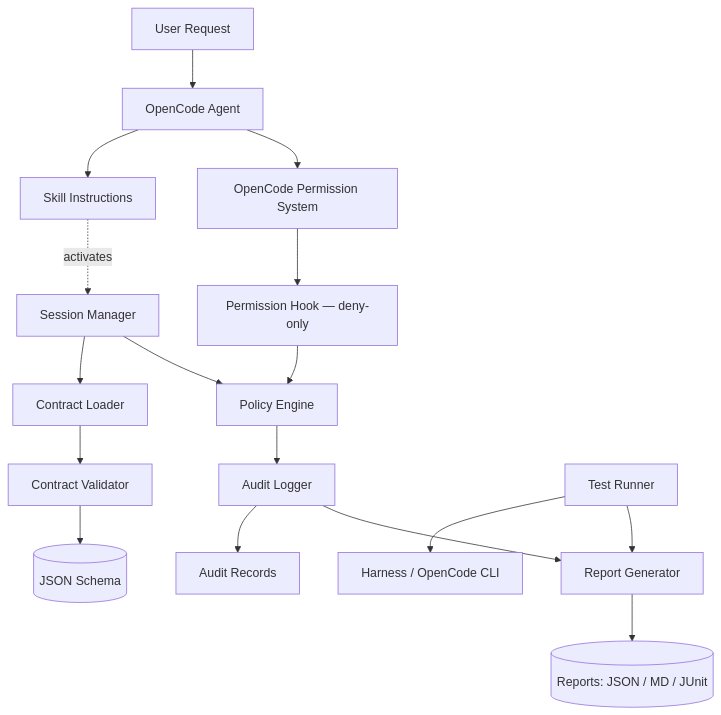
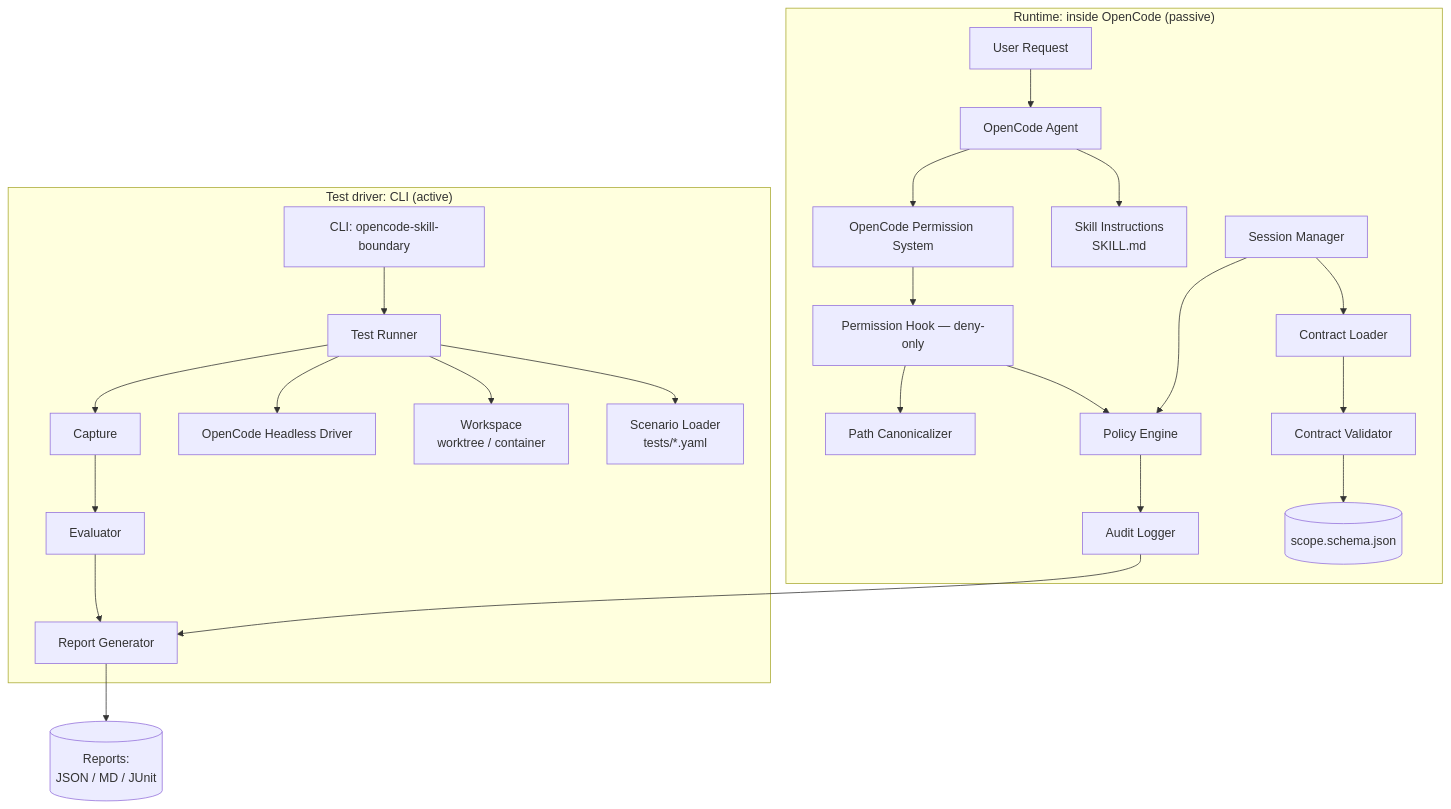
The diagram in OpenCode-Skill-Boundary-Validator-Plugin.md (nvijaykarthik/nvijaykarthik), drawn with Mermaid before and after one commit. The commit also changed other lines of this file, not shown here.

````diff
--- a/OpenCode-Skill-Boundary-Validator-Plugin.md
+++ b/OpenCode-Skill-Boundary-Validator-Plugin.md
@@ -73,22 +80,29 @@
 ```mermaid
 flowchart TD
-    U[User Request] --> O[OpenCode Agent]
-    O --> S[Skill Instructions]
-    O --> P[OpenCode Permission System]
-    P --> H[Permission Hook — deny-only]
-    H --> PE[Policy Engine]
+    subgraph Runtime["Runtime: inside OpenCode (passive)"]
+        U[User Request] --> O[OpenCode Agent]
+        O --> S[Skill Instructions<br/>SKILL.md]
+        O --> P[OpenCode Permission System]
+        P --> H[Permission Hook — deny-only]
+        H --> PE[Policy Engine]
+        H --> CAN[Path Canonicalizer]
+        SM[Session Manager] --> CL[Contract Loader]
+        CL --> CV[Contract Validator]
+        CV --> SCHEMA[(scope.schema.json)]
+        SM --> PE
+        PE --> AL[Audit Logger]
+    end
 
-    S -. activates .-> SM[Session Manager]
-    SM --> CL[Contract Loader]
-    CL --> CV[Contract Validator]
-    CV --> SCHEMA[(JSON Schema)]
-    SM --> PE
+    subgraph Testing["Test driver: CLI (active)"]
+        CLI[CLI: opencode-skill-boundary] --> RUN[Test Runner]
+        RUN --> SL[Scenario Loader<br/>tests/*.yaml]
+        RUN --> WS[Workspace<br/>worktree / container]
+        RUN --> DRV[OpenCode Headless Driver]
+        RUN --> CAP[Capture]
+        CAP --> EVAL[Evaluator]
+        EVAL --> RG[Report Generator]
+    end
 
-    PE --> AL[Audit Logger]
-    AL --> R[Audit Records]
-
-    TR[Test Runner] --> HO[Harness / OpenCode CLI]
-    TR --> RG[Report Generator]
     AL --> RG
-    RG --> REP[(Reports: JSON / MD / JUnit)]
+    RG --> REP[(Reports:<br/>JSON / MD / JUnit)]
 ```
````
